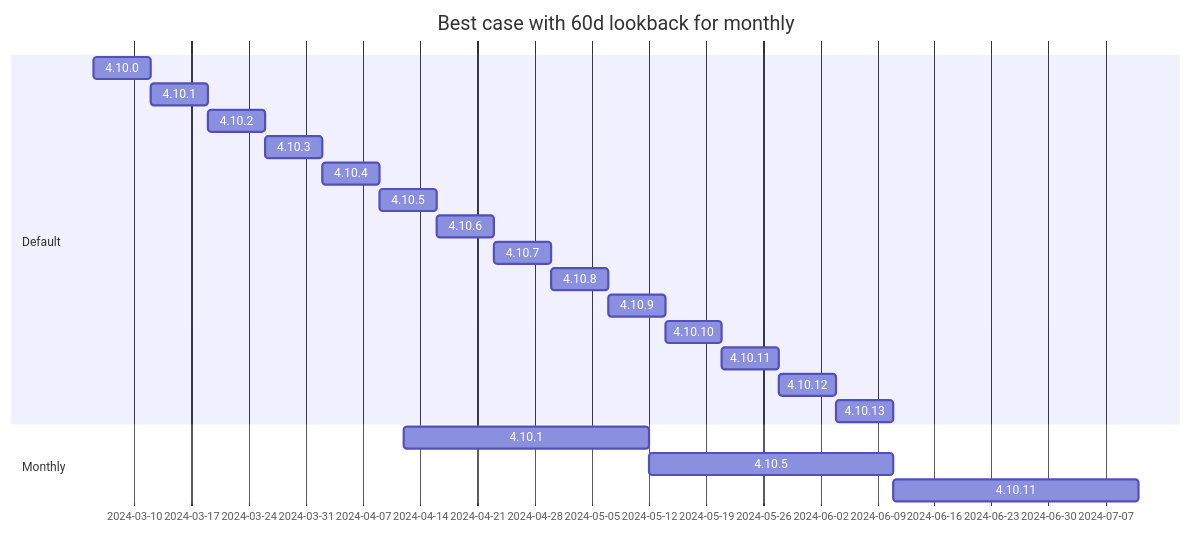
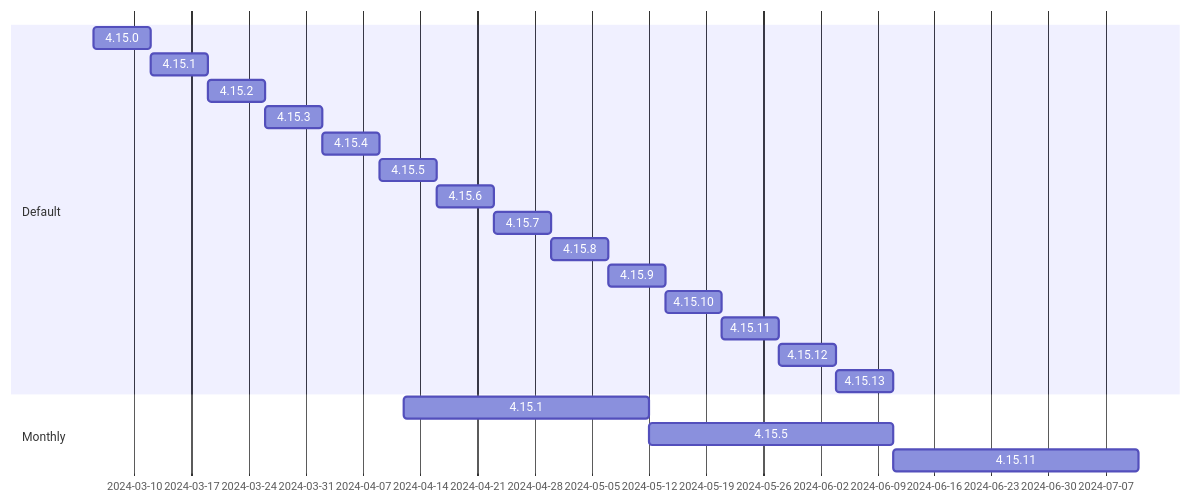
The second of 3 diagrams in policies.md (sdodson/cincinnati-graph-data), drawn with Mermaid before and after one commit. The commit also changed other lines of this file, not shown here.

````diff
--- a/policies.md
+++ b/policies.md
@@ -62,24 +66,23 @@
 ```mermaid
 gantt
- title Best case with 60d lookback for monthly
     dateFormat  YYYY-MM-DD
     Section Default
-    4.10.0  :d41000, 2024-03-05,7d
-    4.10.1  :d41001, after d41000, 7d
-    4.10.2  :d41002, after d41001, 7d
-    4.10.3  :d41003, after d41002, 7d
-    4.10.4  :d41004, after d41003, 7d
-    4.10.5  :d41005, after d41004, 7d
-    4.10.6  :d41006, after d41005, 7d
-    4.10.7  :d41007, after d41006, 7d
-    4.10.8  :d41008, after d41007, 7d
-    4.10.9  :d41009, after d41008, 7d
-    4.10.10 :d41010, after d41009, 7d
-    4.10.11 :d41011, after d41010, 7d
-    4.10.12 :d41012, after d41011, 7d
-    4.10.13 :d41013, after d41012, 7d
+    4.15.0  :d41500, 2024-03-05,7d
+    4.15.1  :d41501, after d41500, 7d
+    4.15.2  :d41502, after d41501, 7d
+    4.15.3  :d41503, after d41502, 7d
+    4.15.4  :d41504, after d41503, 7d
+    4.15.5  :d41505, after d41504, 7d
+    4.15.6  :d41506, after d41505, 7d
+    4.15.7  :d41507, after d41506, 7d
+    4.15.8  :d41508, after d41507, 7d
+    4.15.9  :d41509, after d41508, 7d
+    4.15.10 :d41510, after d41509, 7d
+    4.15.11 :d41511, after d41510, 7d
+    4.15.12 :d41512, after d41511, 7d
+    4.15.13 :d41513, after d41512, 7d
     Section Monthly
-    4.10.1 :m41001, 2024-04-12, 30d
-    4.10.5 :m41005, after m41001, 30d
-    4.10.11 :m41011, after m41005, 30d
+    4.15.1 :m41501, 2024-04-12, 30d
+    4.15.5 :m41505, after m41501, 30d
+    4.15.11 :m41511, after m41505, 30d
 ```
````
